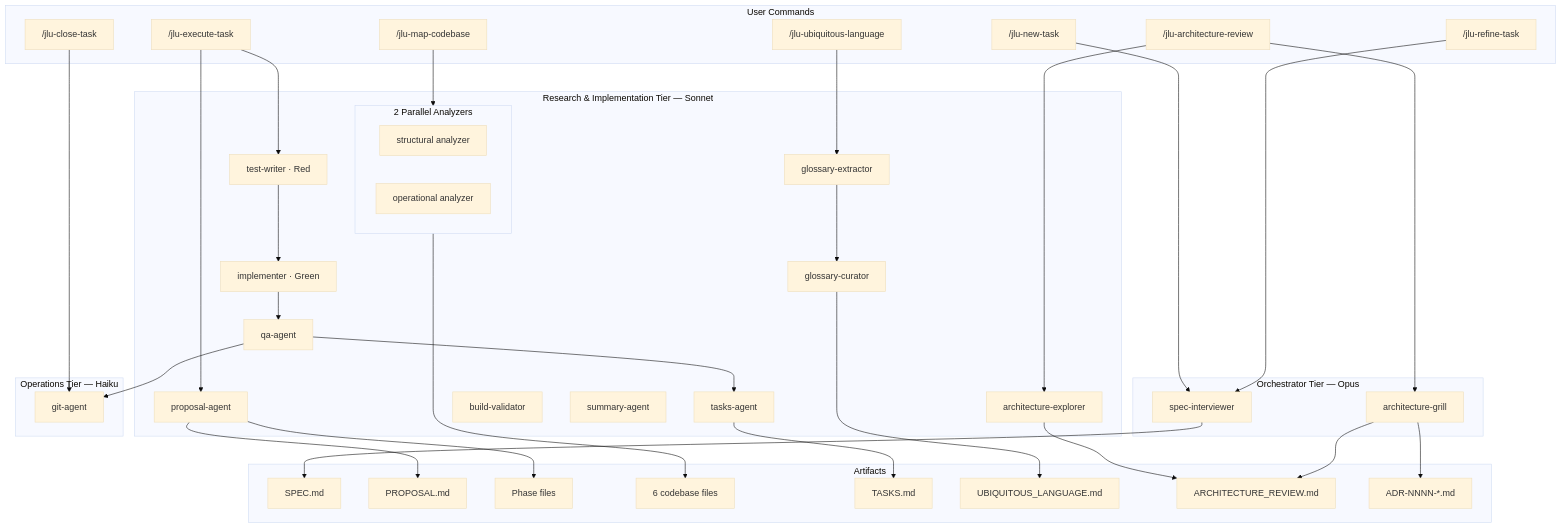
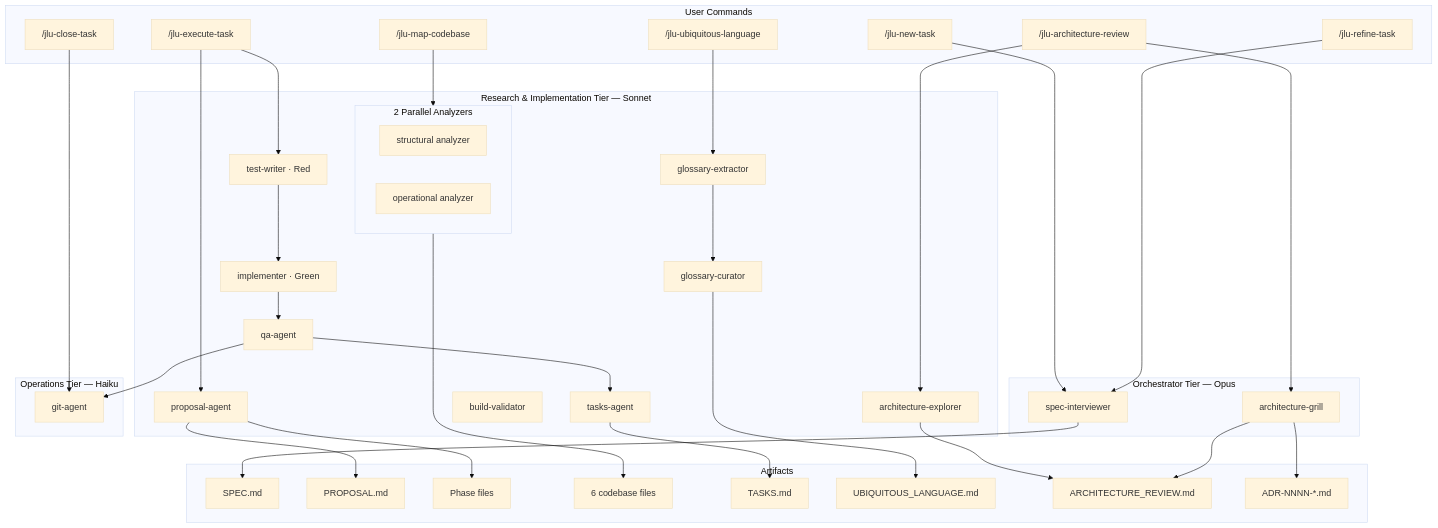
One commit to cristian-pisco/jelou-spec-plugin changed the second of 2 diagrams in README.md. Above: the diagram before and after it, drawn with Mermaid (base theme). The commit also changed 14 other files, not shown here.

First line of the commit message:
chore: retire jlu-summary-agent; inline the load-context task summary

````diff
--- a/README.md
+++ b/README.md
@@ -978,61 +978,60 @@
 ```mermaid
 flowchart TB
     subgraph commands["User Commands"]
         new["/jlu-new-task"]
         map["/jlu-map-codebase"]
         refine["/jlu-refine-task"]
         exec["/jlu-execute-task"]
         close["/jlu-close-task"]
         ubiq["/jlu-ubiquitous-language"]
         arch["/jlu-architecture-review"]
     end
 
     subgraph opus["Orchestrator Tier — Opus"]
         spec_int["spec-interviewer"]
         grill["architecture-grill"]
     end
 
     subgraph sonnet["Research & Implementation Tier — Sonnet"]
         subgraph researchers["2 Parallel Analyzers"]
             structural["structural analyzer"]
             operational["operational analyzer"]
         end
         proposal["proposal-agent"]
         tw["test-writer · Red"]
         impl["implementer · Green"]
         qa["qa-agent"]
         tasks_ag["tasks-agent"]
         build["build-validator"]
-        summary["summary-agent"]
         gloss_x["glossary-extractor"]
         gloss_c["glossary-curator"]
         arch_x["architecture-explorer"]
     end
 
     subgraph haiku["Operations Tier — Haiku"]
         git["git-agent"]
     end
 
     subgraph artifacts["Artifacts"]
         spec_file["SPEC.md"]
         prop_file["PROPOSAL.md"]
         phase_files["Phase files"]
         codebase["6 codebase files"]
         tasks_file["TASKS.md"]
         gloss_file["UBIQUITOUS_LANGUAGE.md"]
         review_file["ARCHITECTURE_REVIEW.md"]
         adr_file["ADR-NNNN-*.md"]
     end
 
     map --> researchers --> codebase
     new --> spec_int --> spec_file
     refine --> spec_int
     exec --> proposal --> prop_file & phase_files
     exec --> tw --> impl --> qa
     qa --> tasks_ag --> tasks_file
     qa --> git
     close --> git
     ubiq --> gloss_x --> gloss_c --> gloss_file
     arch --> arch_x --> review_file
     arch --> grill --> review_file & adr_file
 ```
````
